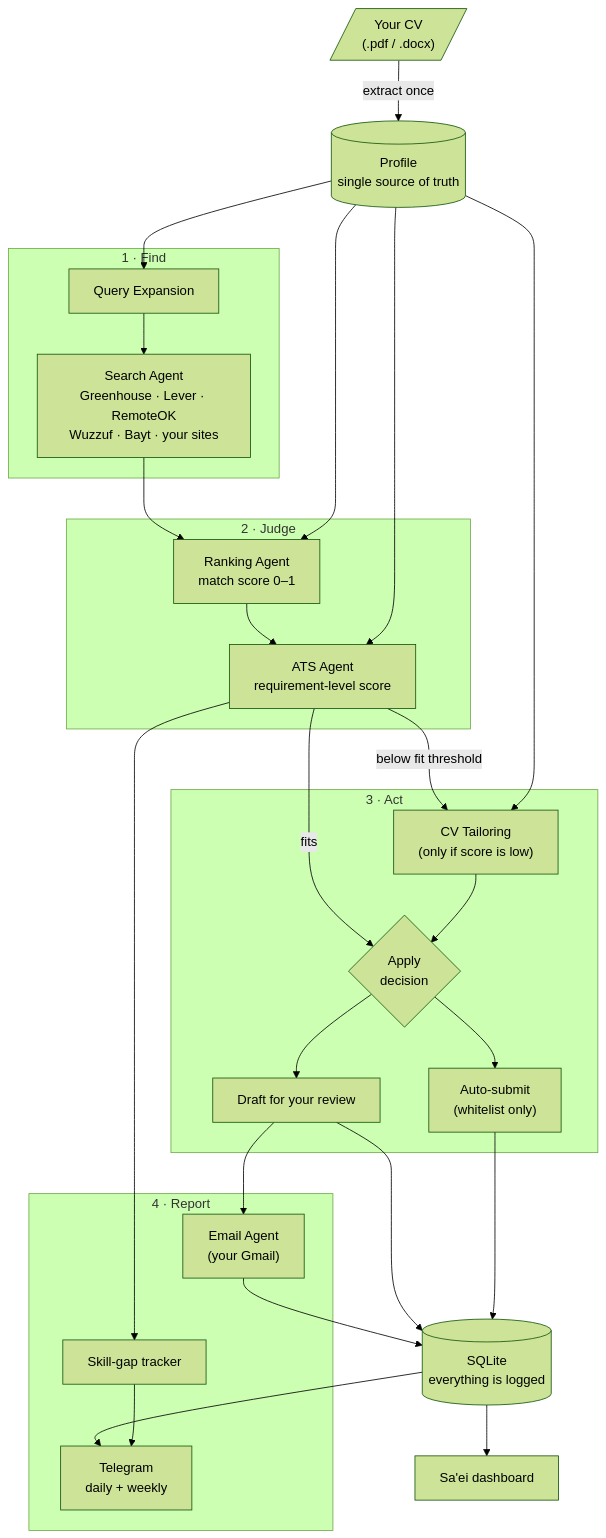
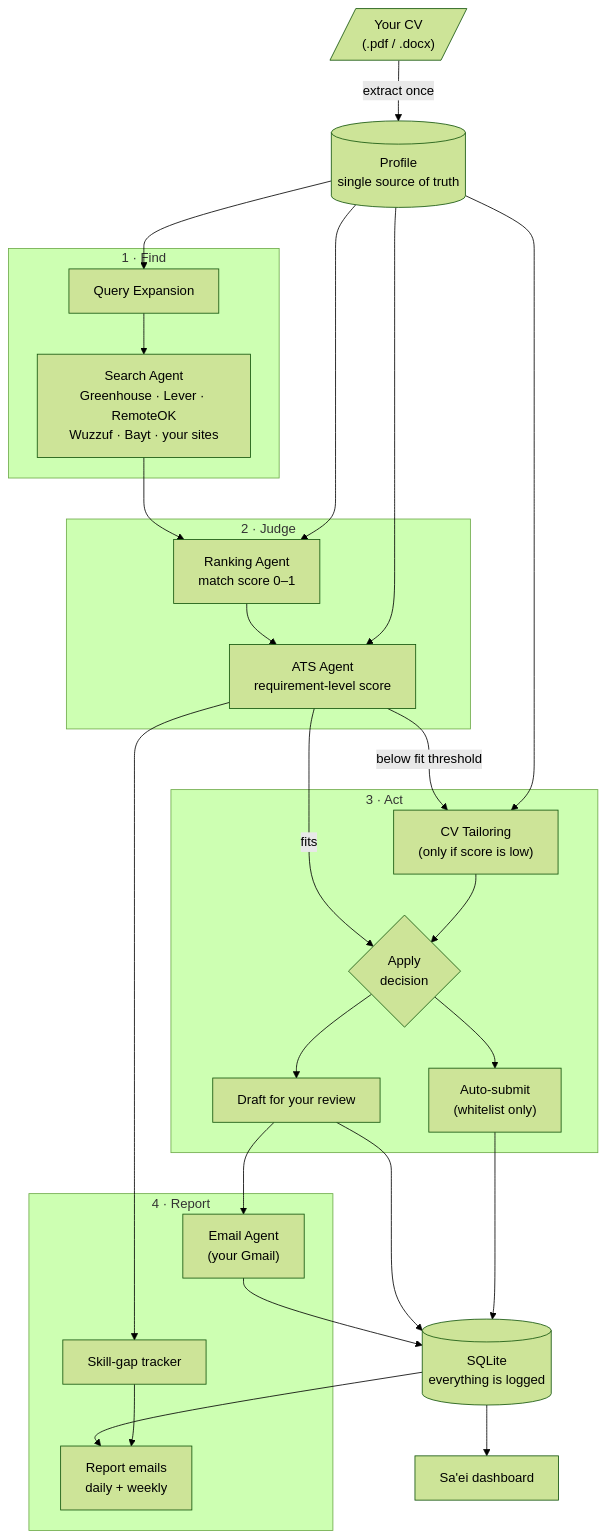
One commit to alymaklad/saei changed the first of 10 diagrams in README.md. Above: the diagram before and after it, drawn with Mermaid (forest theme). The commit also changed other lines of this file and 16 other files, not shown here.

````diff
--- a/README.md
+++ b/README.md
@@ -37,38 +37,38 @@
 ```mermaid
 flowchart TB
     CV[/"Your CV<br/>(.pdf / .docx)"/] -->|extract once| P[("Profile<br/>single source of truth")]
 
     subgraph Find["1 · Find"]
         S["Search Agent<br/>Greenhouse · Lever · RemoteOK<br/>Wuzzuf · Bayt · your sites"]
         Q["Query Expansion"] --> S
     end
 
     subgraph Judge["2 · Judge"]
         R["Ranking Agent<br/>match score 0–1"]
         A["ATS Agent<br/>requirement-level score"]
     end
 
     subgraph Act["3 · Act"]
         T["CV Tailoring<br/>(only if score is low)"]
         D{"Apply<br/>decision"}
         AS["Auto-submit<br/>(whitelist only)"]
         DR["Draft for your review"]
     end
 
     subgraph Report["4 · Report"]
         E["Email Agent<br/>(your Gmail)"]
-        TG["Telegram<br/>daily + weekly"]
+        TG["Report emails<br/>daily + weekly"]
         G["Skill-gap tracker"]
     end
 
     P --> Q & R & A & T
     S --> R --> A
     A -->|below fit threshold| T --> D
     A -->|fits| D
     D --> AS
     D --> DR --> E
     A --> G --> TG
     DB[("SQLite<br/>everything is logged")]
     AS & DR & E --> DB --> TG
     DB --> UI["Sa'ei dashboard"]
 ```
````
